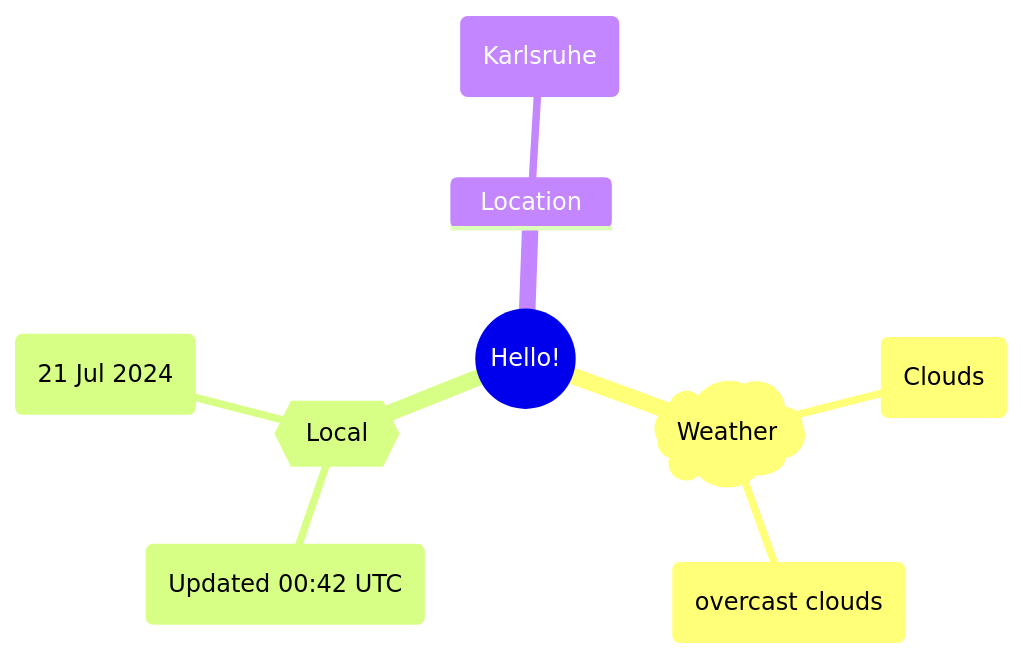
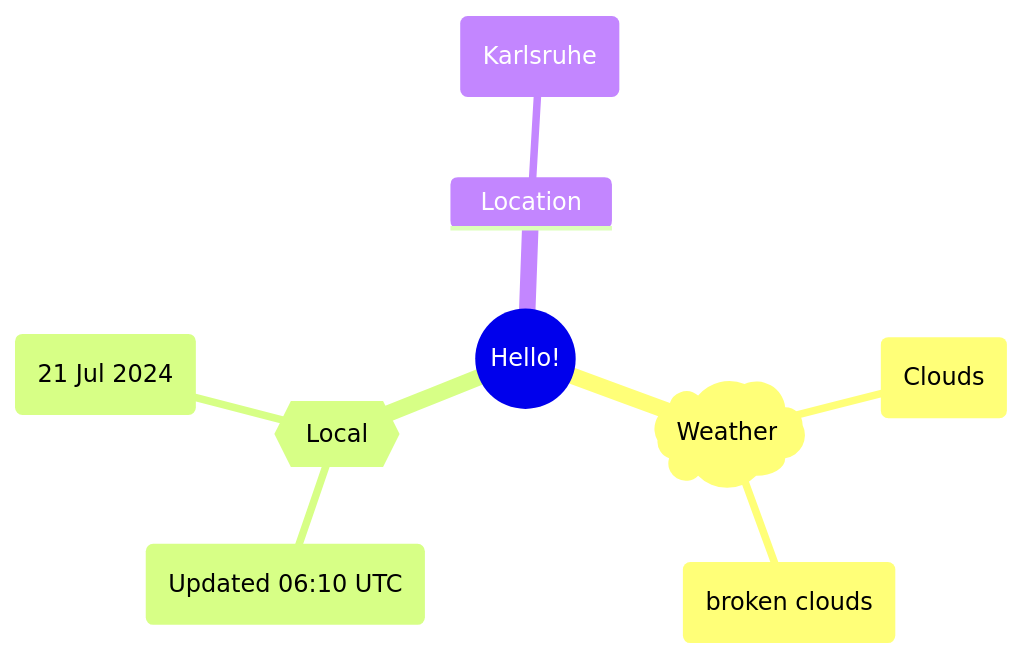
Before and after one commit to Xosrov/Xosrov: the first of 2 diagrams in README.md, drawn with Mermaid.

Commit message:
[bot] updated images

````diff
--- a/README.md
+++ b/README.md
@@ -3,12 +3,12 @@
 ```mermaid
 mindmap
   root((Hello!))
     )Weather(
         (Clouds)
-        (overcast clouds)
+        (broken clouds)
     {{Local}}
-        (Updated 00:42 UTC)
+        (Updated 06:10 UTC)
         (21 Jul 2024)
     Location
         (Karlsruhe)
 ```
````
